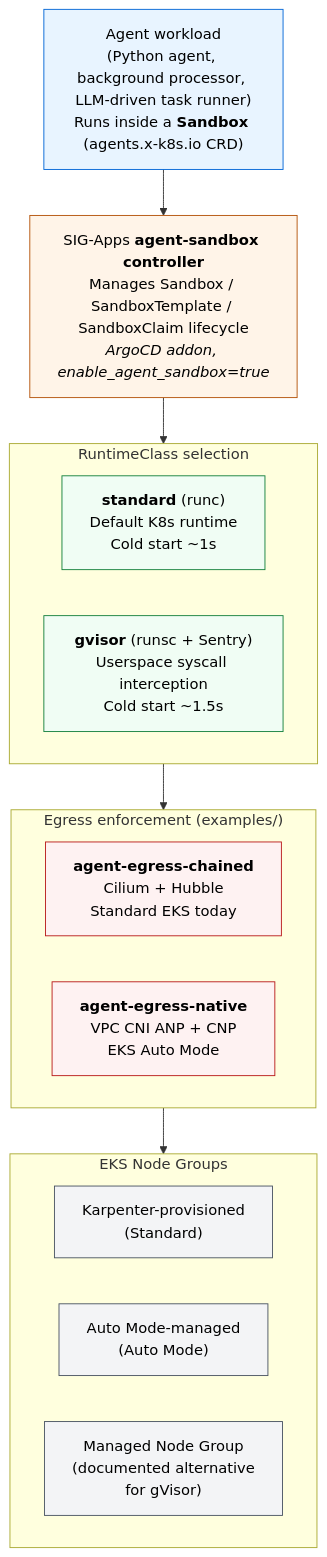
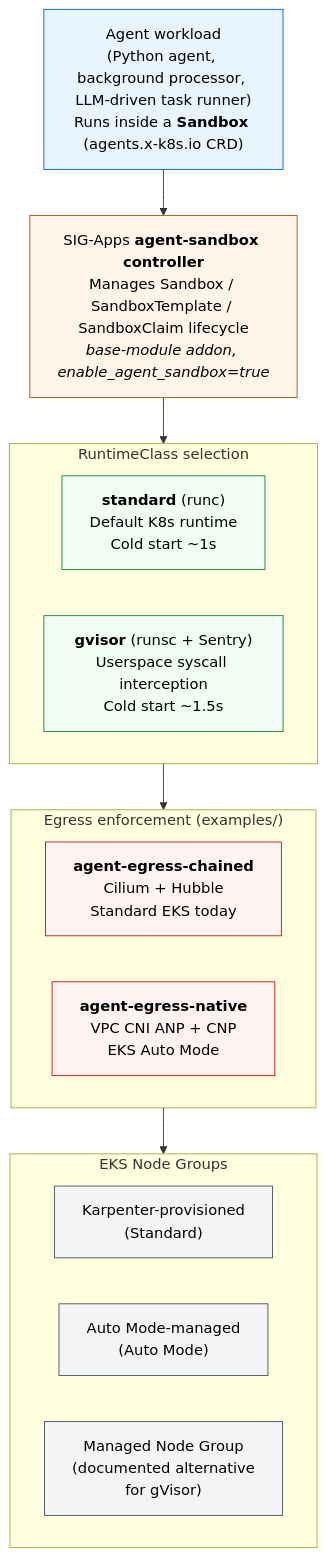
One commit to awslabs/ai-on-eks changed the diagram in infra/solutions/agent-sandbox/README.md. Above: the diagram before and after it, drawn with Mermaid. The commit also changed other lines of this file and 4 other files, not shown here.

````diff
--- a/infra/solutions/agent-sandbox/README.md
+++ b/infra/solutions/agent-sandbox/README.md
@@ -35,36 +35,36 @@
 ```mermaid
 flowchart TB
     classDef workload fill:#e8f4ff,stroke:#0366d6,color:#000
     classDef controller fill:#fff4e8,stroke:#b45309,color:#000
     classDef runtime fill:#f0fdf4,stroke:#15803d,color:#000
     classDef egress fill:#fef2f2,stroke:#b91c1c,color:#000
     classDef node fill:#f3f4f6,stroke:#4b5563,color:#000
 
     A["Agent workload<br/>(Python agent, background processor, LLM-driven task runner)<br/>Runs inside a <b>Sandbox</b> (agents.x-k8s.io CRD)"]:::workload
 
-    B["SIG-Apps <b>agent-sandbox controller</b><br/>Manages Sandbox / SandboxTemplate / SandboxClaim lifecycle<br/><i>ArgoCD addon, enable_agent_sandbox=true</i>"]:::controller
+    B["SIG-Apps <b>agent-sandbox controller</b><br/>Manages Sandbox / SandboxTemplate / SandboxClaim lifecycle<br/><i>base-module addon, enable_agent_sandbox=true</i>"]:::controller
 
     subgraph C["RuntimeClass selection"]
         direction LR
         C1["<b>standard</b> (runc)<br/>Default K8s runtime<br/>Cold start ~1s"]:::runtime
         C2["<b>gvisor</b> (runsc + Sentry)<br/>Userspace syscall interception<br/>Cold start ~1.5s"]:::runtime
     end
 
     subgraph D["Egress enforcement (examples/)"]
         direction LR
         D1["<b>agent-egress-chained</b><br/>Cilium + Hubble<br/>Standard EKS today"]:::egress
         D2["<b>agent-egress-native</b><br/>VPC CNI ANP + CNP<br/>EKS Auto Mode"]:::egress
     end
 
     subgraph E["EKS Node Groups"]
         direction LR
         E1["Karpenter-provisioned<br/>(Standard)"]:::node
         E2["Auto Mode-managed<br/>(Auto Mode)"]:::node
         E3["Managed Node Group<br/>(documented alternative<br/>for gVisor)"]:::node
     end
 
     A --> B
     B --> C
     C --> D
     D --> E
 ```
````
